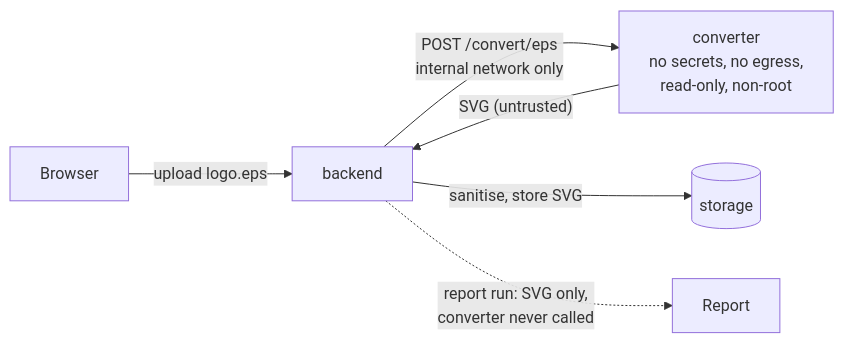
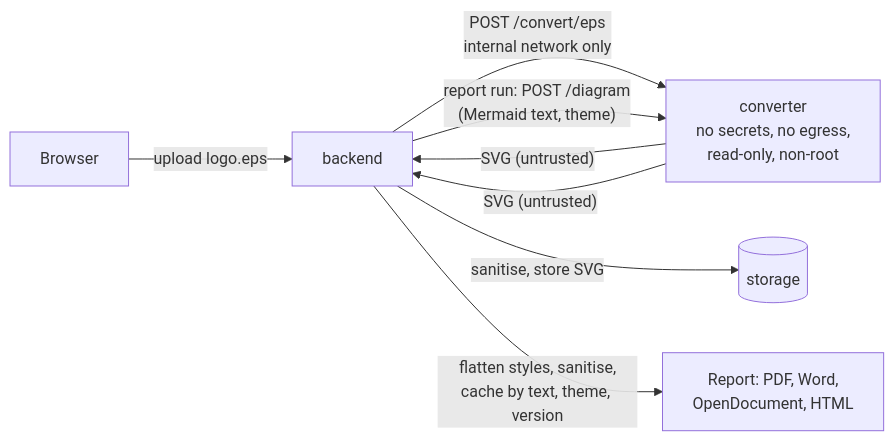
Before and after one commit to ballardr/reqtrackmanager: diagram 14 of 24 in docs/solution-architecture.md, drawn with Mermaid. The commit also changed other lines of this file and 2562 other files, not shown here.

````diff
--- a/docs/solution-architecture.md
+++ b/docs/solution-architecture.md
@@ -510,8 +515,10 @@
 ```mermaid
 flowchart LR
     U[Browser] -->|"upload logo.eps"| BE[backend]
     BE -->|"POST /convert/eps<br/>internal network only"| CV["converter<br/>no secrets, no egress,<br/>read-only, non-root"]
     CV -->|"SVG (untrusted)"| BE
     BE -->|"sanitise, store SVG"| ST[(storage)]
-    BE -.->|"report run: SVG only,<br/>converter never called"| R[Report]
+    BE -->|"report run: POST /diagram<br/>(Mermaid text, theme)"| CV
+    CV -->|"SVG (untrusted)"| BE
+    BE -->|"flatten styles, sanitise,<br/>cache by text, theme, version"| R[Report: PDF, Word,<br/>OpenDocument, HTML]
 ```
````
